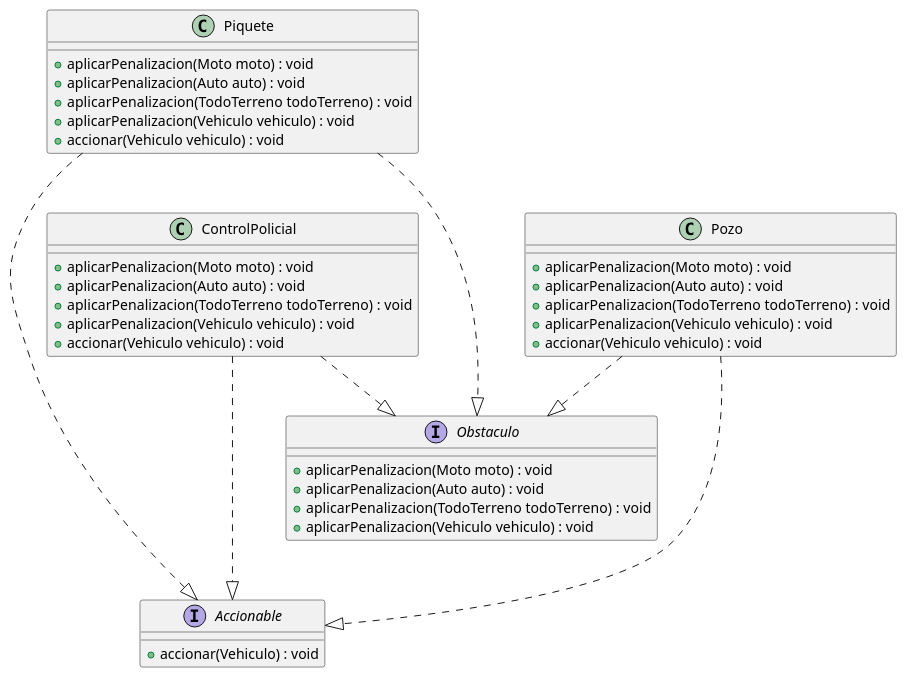
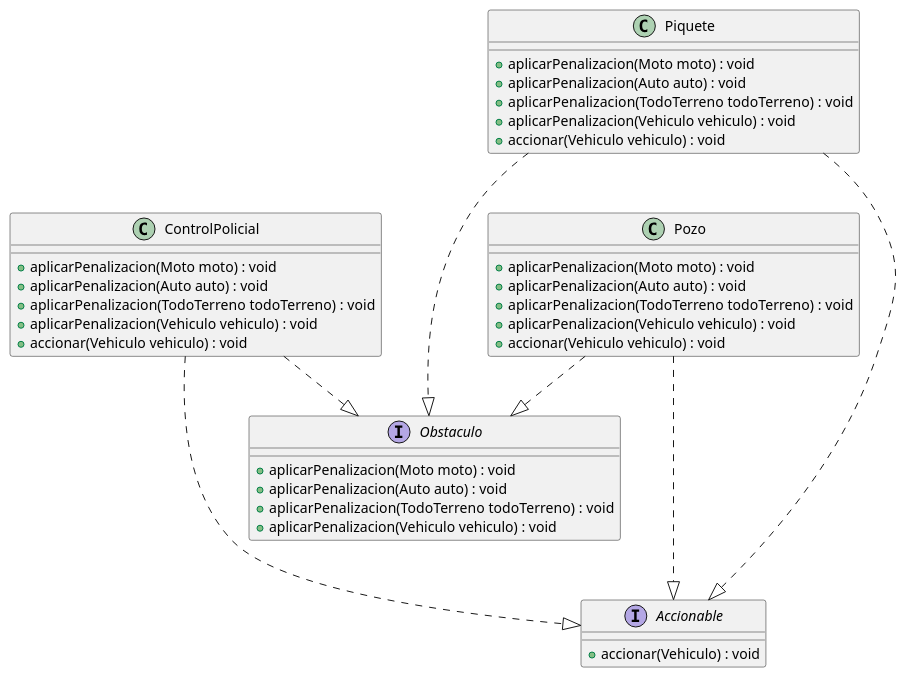
The diagram in Entrega2/DiagramaDeClases/DiagramaDeClasesObstaculos.puml (kikiymini/algo3_tp2), drawn with PlantUML before and after one commit.

Commit message:
Se actualiza diagrama de clases de obstaculos

```diff
--- a/Entrega2/DiagramaDeClases/DiagramaDeClasesObstaculos.puml
+++ b/Entrega2/DiagramaDeClases/DiagramaDeClasesObstaculos.puml
@@ -1,46 +1,47 @@
 @startuml
     'https://plantuml.com/class-diagram
-
-    interface Accionable{
-        + accionar(Vehiculo) : void
-    }
-
-    interface Obstaculo{
-        + aplicarPenalizacion(Moto moto) : void
-        + aplicarPenalizacion(Auto auto) : void
-        + aplicarPenalizacion(TodoTerreno todoTerreno) : void
-        + aplicarPenalizacion(Vehiculo vehiculo) : void
-    }
 
     class Pozo{
         + aplicarPenalizacion(Moto moto) : void
         + aplicarPenalizacion(Auto auto) : void
         + aplicarPenalizacion(TodoTerreno todoTerreno) : void
         + aplicarPenalizacion(Vehiculo vehiculo) : void
         + accionar(Vehiculo vehiculo) : void
     }
 
     class Piquete{
         + aplicarPenalizacion(Moto moto) : void
         + aplicarPenalizacion(Auto auto) : void
         + aplicarPenalizacion(TodoTerreno todoTerreno) : void
         + aplicarPenalizacion(Vehiculo vehiculo) : void
         + accionar(Vehiculo vehiculo) : void
     }
 
     class ControlPolicial{
         + aplicarPenalizacion(Moto moto) : void
         + aplicarPenalizacion(Auto auto) : void
         + aplicarPenalizacion(TodoTerreno todoTerreno) : void
         + aplicarPenalizacion(Vehiculo vehiculo) : void
         + accionar(Vehiculo vehiculo) : void
     }
 
+    interface Obstaculo{
+        + aplicarPenalizacion(Moto moto) : void
+        + aplicarPenalizacion(Auto auto) : void
+        + aplicarPenalizacion(TodoTerreno todoTerreno) : void
+        + aplicarPenalizacion(Vehiculo vehiculo) : void
+    }
+
+
+    interface Accionable{
+        + accionar(Vehiculo) : void
+    }
+
     Piquete ...|> Obstaculo
     ControlPolicial ..|> Obstaculo
     Pozo ..|> Obstaculo
     Piquete ...|> Accionable
     ControlPolicial ...|> Accionable
     Pozo ...|> Accionable
 
 @enduml
```
